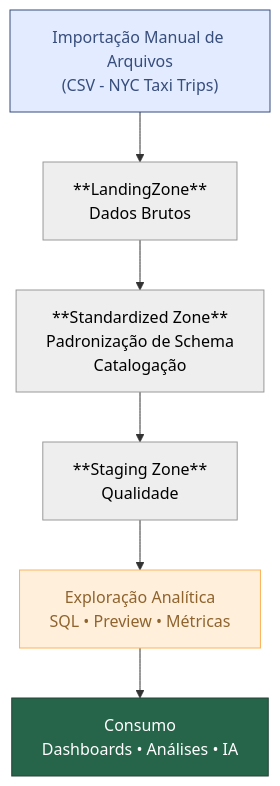
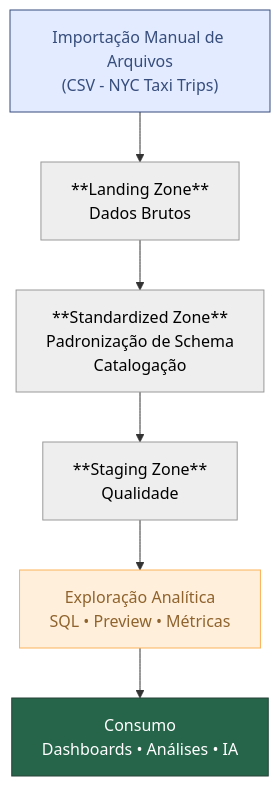
Before and after one commit to AndreaJama/ANDREA_COELLO_DDF_TECH_012026: the diagram in 03_explorar/README.md, drawn with Mermaid. The commit also changed other lines of this file, not shown here.

````diff
--- a/03_explorar/README.md
+++ b/03_explorar/README.md
@@ -9,19 +9,19 @@
 ```mermaid
 flowchart TB
-    A["Importação Manual de Arquivos<br>(CSV - NYC Taxi Trips)"] --> B["**LandingZone**<br>Dados Brutos"]
+    A["Importação Manual de Arquivos<br>(CSV - NYC Taxi Trips)"] --> B["**Landing Zone**<br>Dados Brutos"]
     B --> C["**Standardized Zone**<br>Padronização de Schema<br>Catalogação"]
     C --> D["**Staging Zone**<br>Qualidade"]
     D --> E["Exploração Analítica<br>SQL • Preview • Métricas"]
     E --> F["Consumo<br>Dashboards • Análises • IA"]
 
      A:::Sky
      B:::Ash
      C:::Ash
      D:::Ash
      E:::Peach
      F:::Pine
     classDef Sky stroke-width:1px, stroke-dasharray:none, stroke:#374D7C, fill:#E2EBFF, color:#374D7C
     classDef Ash stroke-width:1px, stroke-dasharray:none, stroke:#999999, fill:#EEEEEE, color:#000000
     classDef Peach stroke-width:1px, stroke-dasharray:none, stroke:#FBB35A, fill:#FFEFDB, color:#8F632D
     classDef Pine stroke-width:1px, stroke-dasharray:none, stroke:#254336, fill:#27654A, color:#FFFFFF
 ```
````
